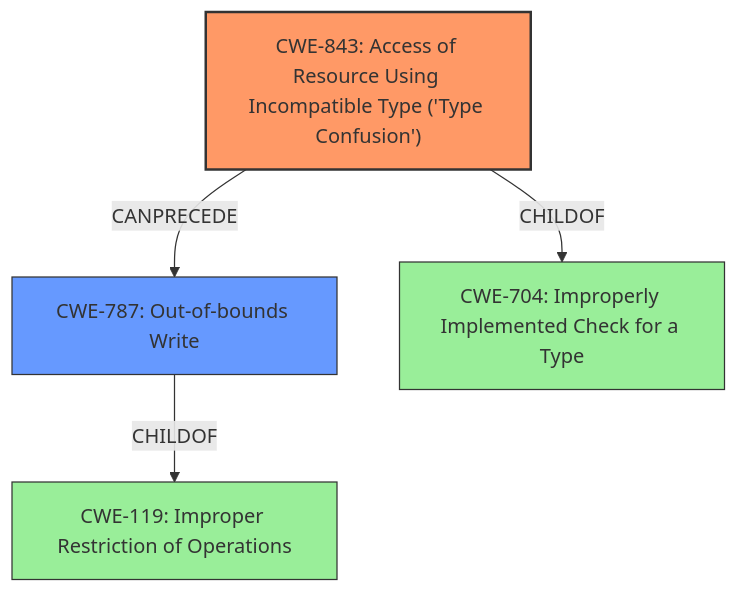
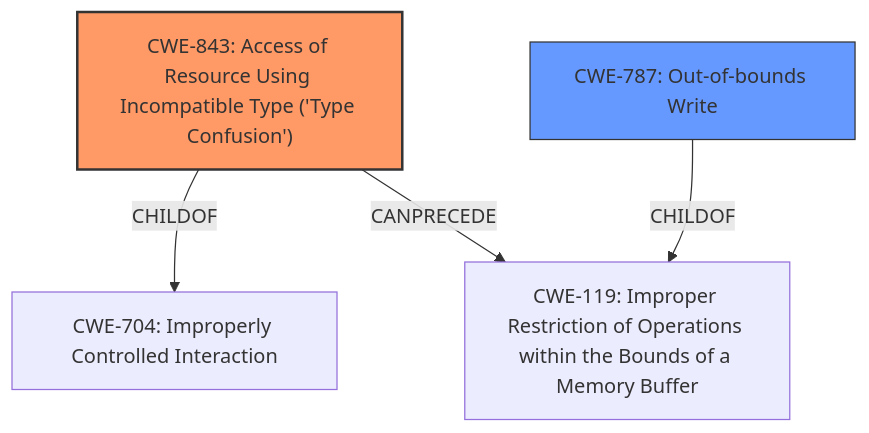
Before and after one commit to CyberSecAI/cwe_agent_assign_reports_2023: the diagram in CVE-2021-30551/CVE-2021-30551_analysis.md, drawn with Mermaid. The commit also changed other lines of this file and 902 other files, not shown here.

````diff
--- a/CVE-2021-30551/CVE-2021-30551_analysis.md
+++ b/CVE-2021-30551/CVE-2021-30551_analysis.md
@@ -17,18 +17,16 @@
 ```mermaid
 graph TD
     cwe843["CWE-843: Access of Resource Using Incompatible Type ('Type Confusion')"]
     cwe787["CWE-787: Out-of-bounds Write"]
-    cwe704["CWE-704: Improperly Implemented Check for a Type"]
-    cwe119["CWE-119: Improper Restriction of Operations"]
-    
+    cwe119["CWE-119: Improper Restriction of Operations within the Bounds of a Memory Buffer"]
+    cwe704["CWE-704: Improperly Controlled Interaction"]
+
     cwe843 -->|CHILDOF| cwe704
+    cwe843 -->|CANPRECEDE| cwe119
     cwe787 -->|CHILDOF| cwe119
-    cwe843 -->|CANPRECEDE| cwe787
-    
+
     classDef primary fill:#f96,stroke:#333,stroke-width:2px
     classDef secondary fill:#69f,stroke:#333
-    classDef tertiary fill:#9e9,stroke:#333
     class cwe843 primary
     class cwe787 secondary
-    class cwe704,cwe119 tertiary
 ```
````
